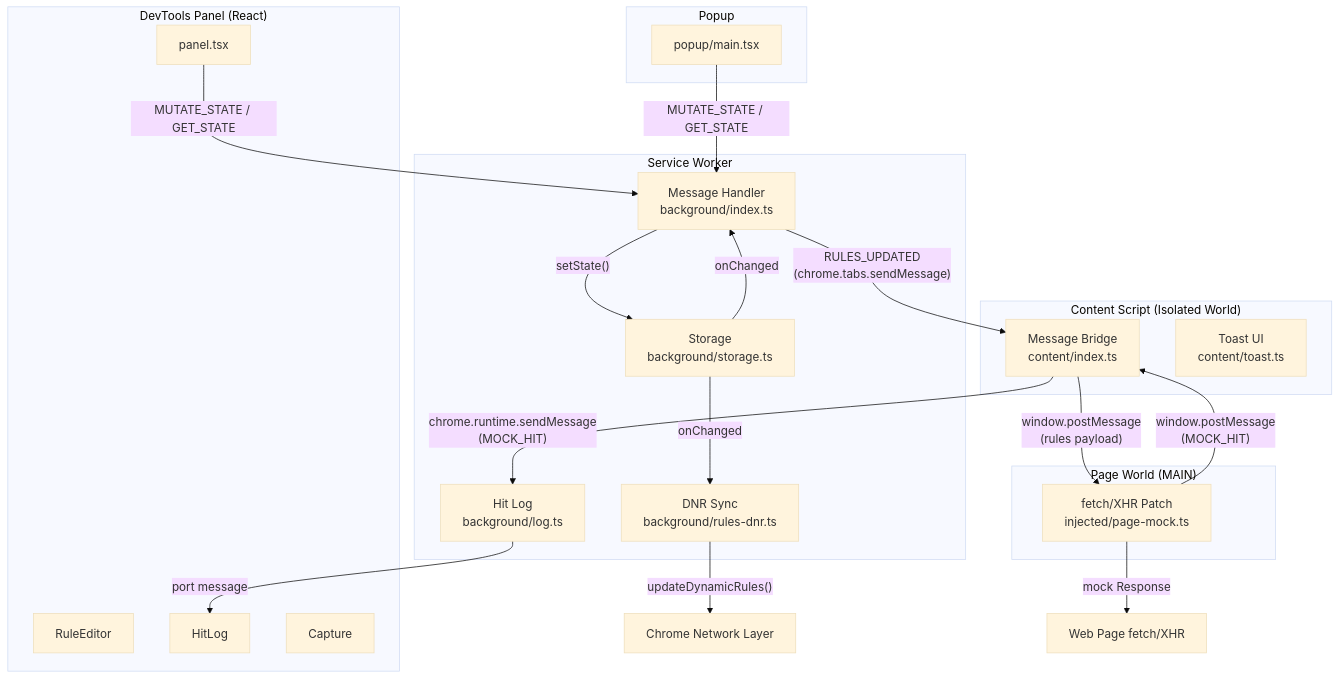
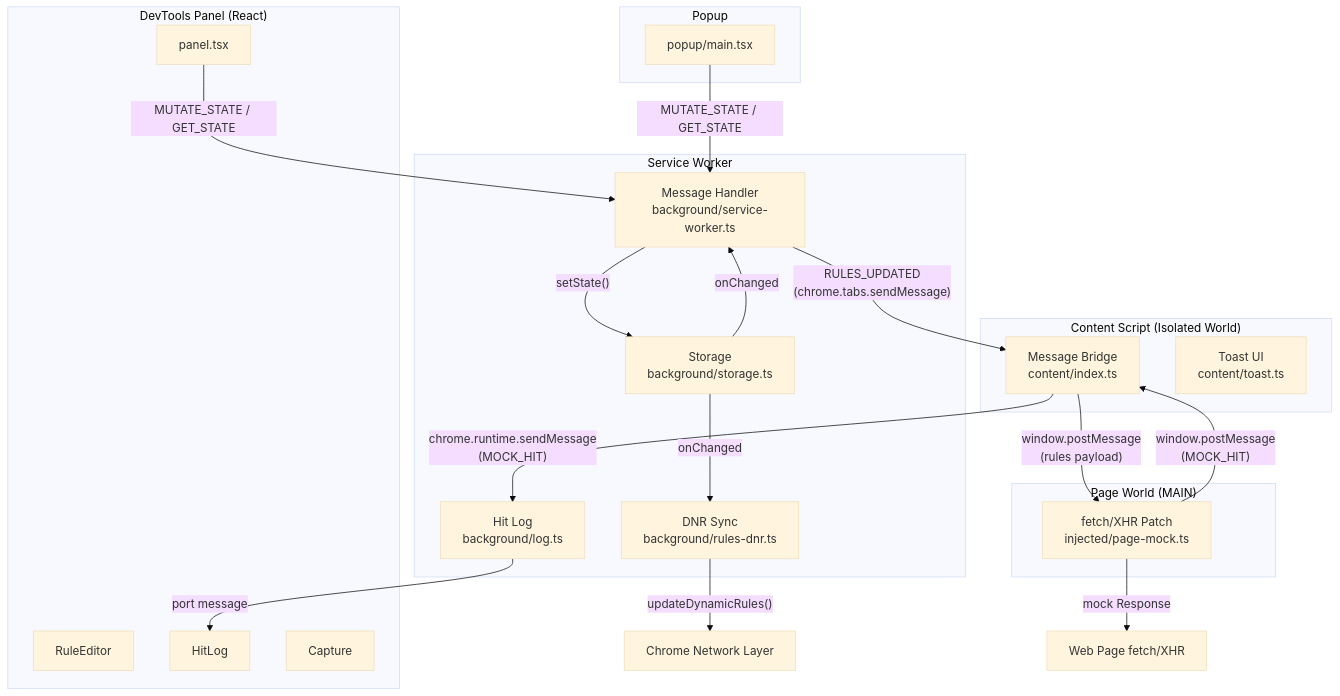
Before and after one commit to AlirezaSoltaniJazi/phantom-mock: the diagram in docs/architecture.md, drawn with Mermaid (base theme). The commit also changed other lines of this file and 43 other files, not shown here.

````diff
--- a/docs/architecture.md
+++ b/docs/architecture.md
@@ -11,42 +11,42 @@
 ```mermaid
 flowchart TB
     subgraph DevTools["DevTools Panel (React)"]
         Panel["panel.tsx"]
         Editor["RuleEditor"]
         HitLog["HitLog"]
         Capture["Capture"]
     end
 
     subgraph SW["Service Worker"]
-        MsgHandler["Message Handler\nbackground/index.ts"]
+        MsgHandler["Message Handler\nbackground/service-worker.ts"]
         Storage["Storage\nbackground/storage.ts"]
         DNR["DNR Sync\nbackground/rules-dnr.ts"]
         Log["Hit Log\nbackground/log.ts"]
     end
 
     subgraph CS["Content Script (Isolated World)"]
         Bridge["Message Bridge\ncontent/index.ts"]
         Toast["Toast UI\ncontent/toast.ts"]
     end
 
     subgraph PW["Page World (MAIN)"]
         PageMock["fetch/XHR Patch\ninjected/page-mock.ts"]
     end
 
     subgraph Popup
         PopupUI["popup/main.tsx"]
     end
 
     Panel -- "MUTATE_STATE / GET_STATE" --> MsgHandler
     PopupUI -- "MUTATE_STATE / GET_STATE" --> MsgHandler
     MsgHandler -- "setState()" --> Storage
     Storage -- "onChanged" --> DNR
     Storage -- "onChanged" --> MsgHandler
     MsgHandler -- "RULES_UPDATED\n(chrome.tabs.sendMessage)" --> Bridge
     Bridge -- "window.postMessage\n(rules payload)" --> PageMock
     PageMock -- "window.postMessage\n(MOCK_HIT)" --> Bridge
     Bridge -- "chrome.runtime.sendMessage\n(MOCK_HIT)" --> Log
     Log -- "port message" --> HitLog
     DNR -- "updateDynamicRules()" --> Browser["Chrome Network Layer"]
     PageMock -- "mock Response" --> WebPage["Web Page fetch/XHR"]
 ```
````
